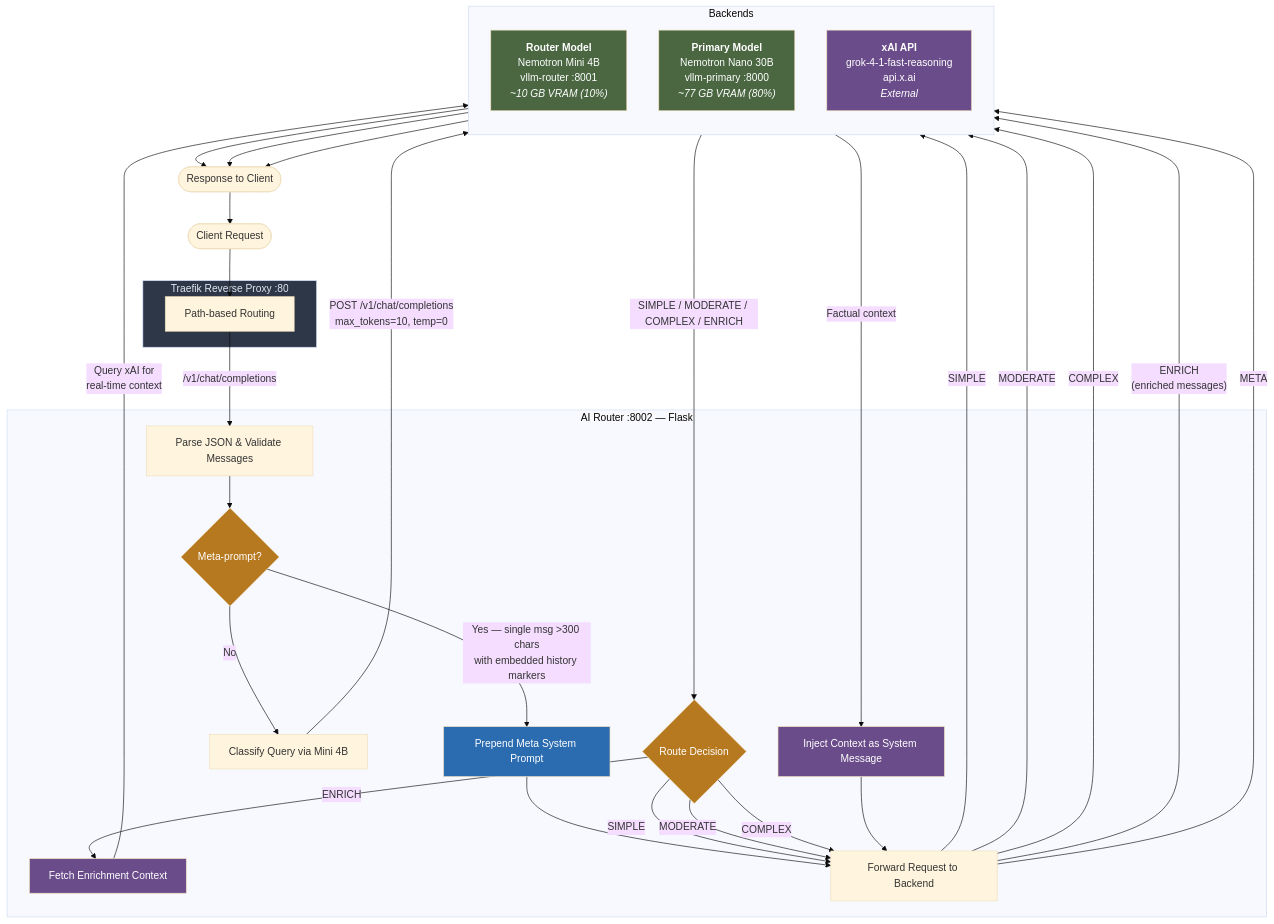
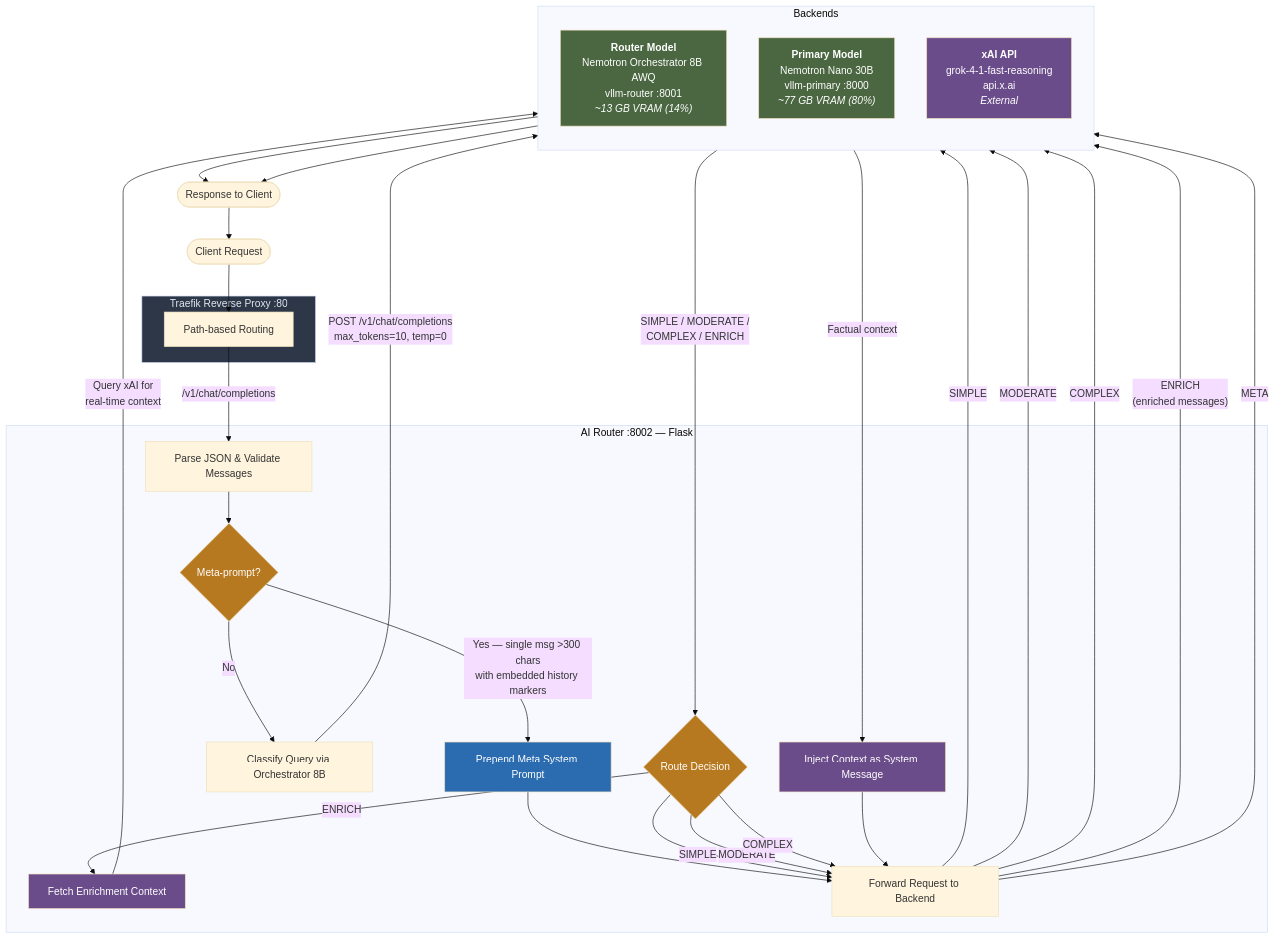
Before and after one commit to nominalgeek/ai-router: the first of 4 diagrams in docs/architecture.md, drawn with Mermaid (base theme). The commit also changed other lines of this file and 8 other files, not shown here.

````diff
--- a/docs/architecture.md
+++ b/docs/architecture.md
@@ -9,67 +9,66 @@
 ```mermaid
 flowchart TD
     Client([Client Request])
 
     subgraph Traefik["Traefik Reverse Proxy :80"]
         LB[Path-based Routing]
     end
 
     subgraph Router Service["AI Router :8002 — Flask"]
         Parse[Parse JSON & Validate Messages]
         MetaCheck{Meta-prompt?}
         MetaInject[Prepend Meta System Prompt]
-        Classify[Classify Query via Mini 4B]
+        Classify[Classify Query via Orchestrator 8B]
         Decision{Route Decision}
         Enrich[Fetch Enrichment Context]
         Inject[Inject Context as System Message]
         Forward[Forward Request to Backend]
     end
 
     subgraph Backends
         direction TB
-        Mini["<b>Router Model</b><br/>Nemotron Mini 4B<br/>vllm-router :8001<br/><i>~10 GB VRAM (10%)</i>"]
+        Mini["<b>Router Model</b><br/>Nemotron Orchestrator 8B AWQ<br/>vllm-router :8001<br/><i>~13 GB VRAM (14%)</i>"]
         Primary["<b>Primary Model</b><br/>Nemotron Nano 30B<br/>vllm-primary :8000<br/><i>~77 GB VRAM (80%)</i>"]
         XAI["<b>xAI API</b><br/>grok-4-1-fast-reasoning<br/>api.x.ai<br/><i>External</i>"]
     end
 
     Response([Response to Client])
 
     Client --> LB
     LB -->|"/v1/chat/completions"| Parse
     Parse --> MetaCheck
     MetaCheck -->|"Yes — single msg >300 chars<br/>with embedded history markers"| MetaInject
     MetaCheck -->|"No"| Classify
     MetaInject --> Forward
     Classify -->|"POST /v1/chat/completions<br/>max_tokens=10, temp=0"| Mini
-    Mini -->|"SIMPLE / MODERATE / COMPLEX / ENRICH"| Decision
+    Mini -->|"SIMPLE / MODERATE /<br/>COMPLEX / ENRICH"| Decision
 
     Decision -->|"SIMPLE"| Forward
     Decision -->|"MODERATE"| Forward
     Decision -->|"COMPLEX"| Forward
     Decision -->|"ENRICH"| Enrich
 
     Enrich -->|"Query xAI for<br/>real-time context"| XAI
     XAI -->|"Factual context"| Inject
     Inject --> Forward
 
-    Forward -->|"SIMPLE"| Mini
+    Forward -->|"SIMPLE"| Primary
     Forward -->|"MODERATE"| Primary
     Forward -->|"COMPLEX"| XAI
     Forward -->|"ENRICH<br/>(enriched messages)"| Primary
     Forward -->|"META"| Primary
 
-    Mini --> Response
     Primary --> Response
     XAI --> Response
     Response --> Client
 
     style Traefik fill:#2d3748,color:#e2e8f0
     style Mini fill:#4a6741,color:#fff
     style Primary fill:#4a6741,color:#fff
     style XAI fill:#6b4c8a,color:#fff
     style Decision fill:#b7791f,color:#fff
     style MetaCheck fill:#b7791f,color:#fff
     style MetaInject fill:#2b6cb0,color:#fff
     style Enrich fill:#6b4c8a,color:#fff
     style Inject fill:#6b4c8a,color:#fff
 ```
````
